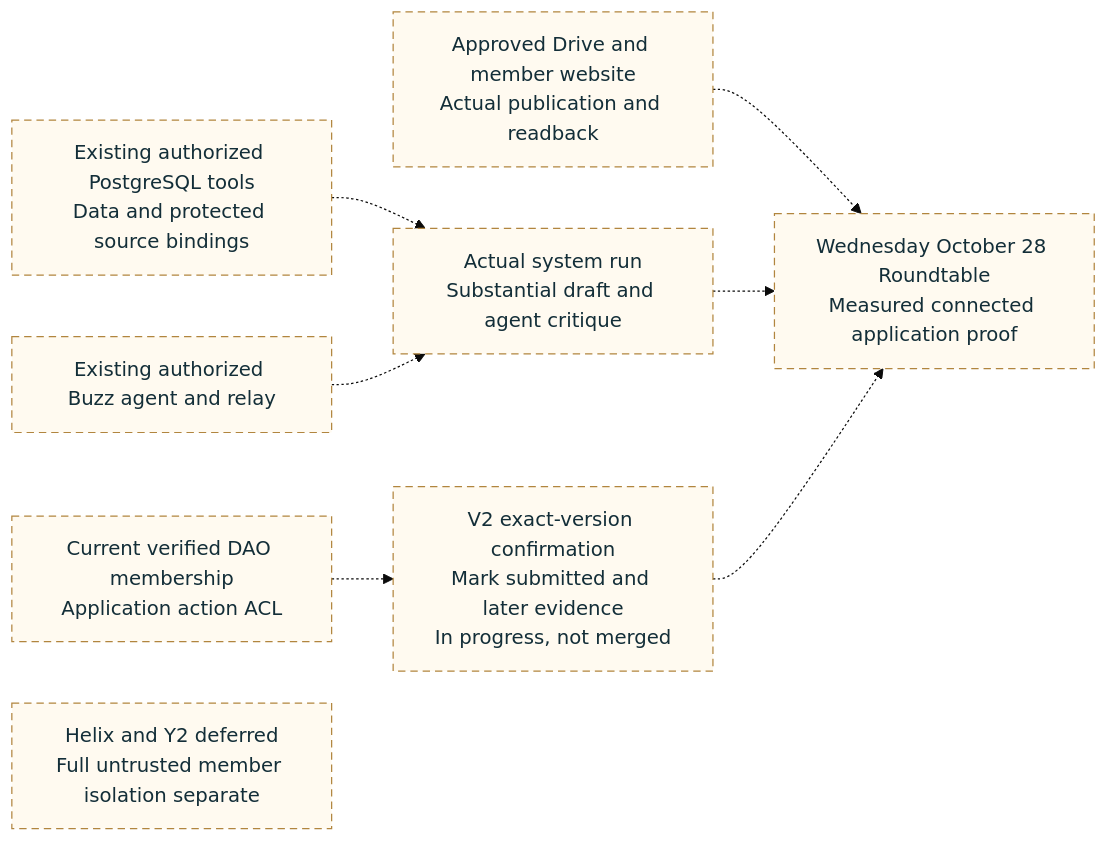
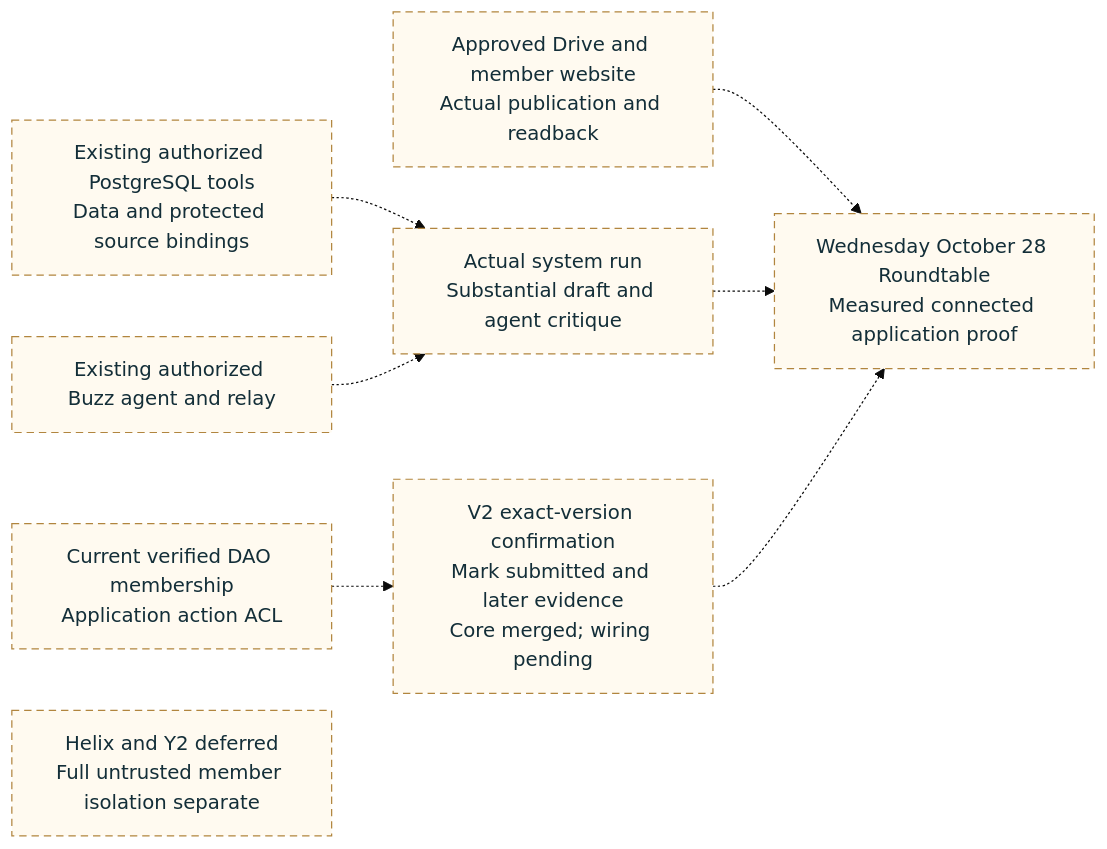
The diagram in docs/architecture/diagrams/dependency-roadmap.mmd (NetRxn/Inertia), drawn with Mermaid (base theme) before and after one commit. The commit also changed 22 other files, not shown here.

Commit message:
docs: sync merged packet core and SQL tool status

```diff
--- a/docs/architecture/diagrams/dependency-roadmap.mmd
+++ b/docs/architecture/diagrams/dependency-roadmap.mmd
@@ -1,14 +1,14 @@
 flowchart LR
  SQL["Existing authorized PostgreSQL tools<br/>Data and protected source bindings"] -.-> RUN["Actual system run<br/>Substantial draft and agent critique"]
  B["Existing authorized Buzz agent and relay"] -.-> RUN
- ACL["Current verified DAO membership<br/>Application action ACL"] -.-> V["V2 exact-version confirmation<br/>Mark submitted and later evidence<br/>In progress, not merged"]
+ ACL["Current verified DAO membership<br/>Application action ACL"] -.-> V["V2 exact-version confirmation<br/>Mark submitted and later evidence<br/>Core merged; wiring pending"]
  W["Approved Drive and member website<br/>Actual publication and readback"] -.-> DEMO["Wednesday October 28 Roundtable<br/>Measured connected application proof"]
  RUN -.-> DEMO
  V -.-> DEMO
  L["Helix and Y2 deferred<br/>Full untrusted member isolation separate"]
  class SQL,B,ACL,W,RUN,V,DEMO,L planned
 
  classDef core fill:#e7f1ee,stroke:#157d80,color:#132e38,stroke-width:2px
  classDef planned fill:#fffaf0,stroke:#b1853e,color:#132e38,stroke-dasharray:6 4
  classDef reviewed fill:#f5f0ff,stroke:#8064a2,color:#132e38
  classDef store fill:#edf2f7,stroke:#61788b,color:#132e38
```
